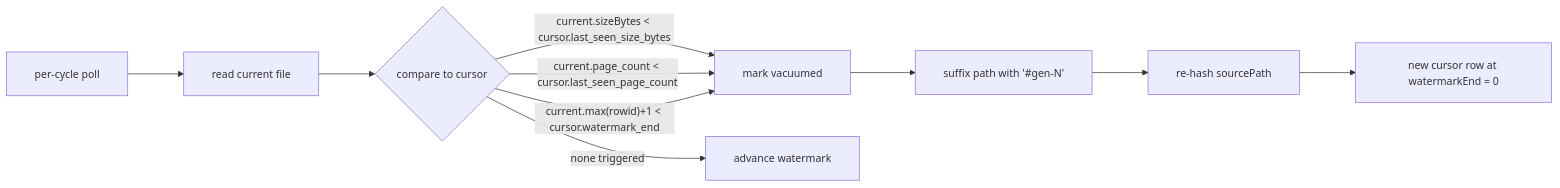
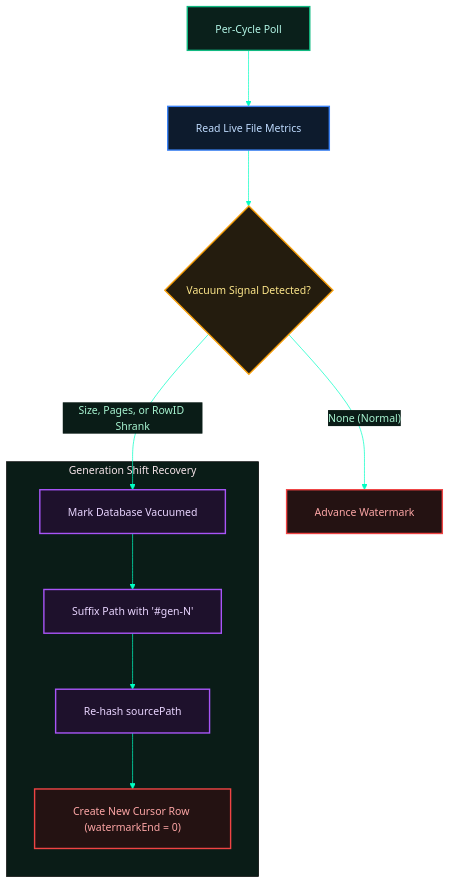
One commit to proxai/proxai_gateway changed the diagram in docs/02-capture/2.2-parsing-and-watermarks.md. Above: the diagram before and after it, drawn with Mermaid. The commit also changed other lines of this file and 65 other files, not shown here.

````diff
--- a/docs/02-capture/2.2-parsing-and-watermarks.md
+++ b/docs/02-capture/2.2-parsing-and-watermarks.md
@@ -77,13 +79,31 @@
 ```mermaid
-%%{init: {'flowchart': {'useMaxWidth': false, 'htmlLabels': true, 'curve': 'basis', 'nodeSpacing': 60, 'rankSpacing': 80, 'padding': 20}, 'sequence': {'useMaxWidth': false, 'mirrorActors': false, 'actorMargin': 100, 'messageMargin': 50, 'boxMargin': 20, 'wrap': true}, 'stateDiagram': {'useMaxWidth': false, 'nodeSpacing': 60, 'rankSpacing': 80}, 'themeVariables': {'fontSize': '15px'}}}%%
-flowchart LR
-  poll[per-cycle poll] --> read[read current file]
-  read --> cmp{compare to cursor}
-  cmp -->|"current.sizeBytes < cursor.last_seen_size_bytes"| vac[mark vacuumed]
-  cmp -->|"current.page_count < cursor.last_seen_page_count"| vac
-  cmp -->|"current.max(rowid)+1 < cursor.watermark_end"| vac
-  cmp -->|"none triggered"| ok[advance watermark]
-  vac --> rename[suffix path with '#gen-N']
-  rename --> rehash[re-hash sourcePath]
-  rehash --> fresh[new cursor row at watermarkEnd = 0]
+%%{init: { 'flowchart': { 'useMaxWidth': false, 'htmlLabels': true, 'curve': 'basis', 'nodeSpacing': 60, 'rankSpacing': 80, 'padding': 20 }, 'theme': 'base', 'themeVariables': { 'background': '#081612', 'primaryColor': '#0a1c17', 'primaryTextColor': '#a7f3d0', 'primaryBorderColor': '#10b981', 'lineColor': '#00ffc4', 'secondaryColor': '#0a1c17', 'tertiaryColor': '#0a1c17', 'fontSize': '15px' } }}%%
+flowchart TD
+  poll["Per-Cycle Poll"] --> read["Read Live File Metrics"]
+  read --> cmp{"Vacuum Signal Detected?"}
+
+  cmp -->|"None (Normal)"| ok["Advance Watermark"]
+  cmp -->|"Size, Pages, or RowID Shrank"| vac["Mark Database Vacuumed"]
+
+  subgraph Recovery ["Generation Shift Recovery"]
+    vac --> rename["Suffix Path with '#gen-N'"]
+    rename --> rehash["Re-hash sourcePath"]
+    rehash --> fresh["Create New Cursor Row (watermarkEnd = 0)"]
+  end
+
+  classDef startNode fill:#0a201b,stroke:#10b981,stroke-width:2px,color:#b3f5e6;
+  classDef stopNode fill:#241212,stroke:#ef4444,stroke-width:2px,color:#fca5a5;
+  classDef decNode fill:#241c0e,stroke:#f59e0b,stroke-width:2px,color:#fde68a;
+  classDef processNode fill:#0d1b2d,stroke:#3b82f6,stroke-width:2px,color:#bfdbfe;
+  classDef actionNode fill:#1e112c,stroke:#a855f7,stroke-width:2px,color:#e9d5ff;
+  classDef default fill:#0a201b,stroke:#14b8a6,stroke-width:2px,color:#ccfbf1;
+
+  class poll startNode;
+  class ok stopNode;
+  class fresh stopNode;
+  class cmp decNode;
+  class read processNode;
+  class vac actionNode;
+  class rename actionNode;
+  class rehash actionNode;
 ```
````
